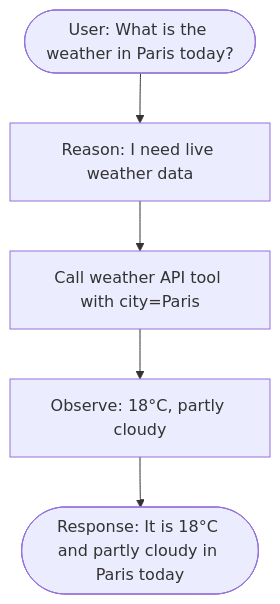
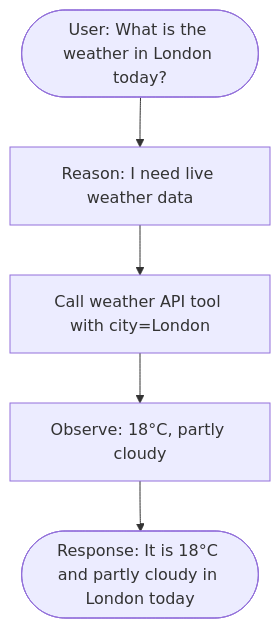
Before and after one commit to jpraychev/youtube: the seventh of 7 diagrams in 001/README.md, drawn with Mermaid. The commit also changed other lines of this file and 4 other files, not shown here.

````diff
--- a/001/README.md
+++ b/001/README.md
@@ -149,7 +149,7 @@
 ```mermaid
 flowchart TD
-    U([User: What is the weather in Paris today?]) --> R[Reason: I need live weather data]
-    R --> T[Call weather API tool with city=Paris]
+    U([User: What is the weather in London today?]) --> R[Reason: I need live weather data]
+    R --> T[Call weather API tool with city=London]
     T --> O[Observe: 18°C, partly cloudy]
-    O --> F([Response: It is 18°C and partly cloudy in Paris today])
+    O --> F([Response: It is 18°C and partly cloudy in London today])
 ```
````
